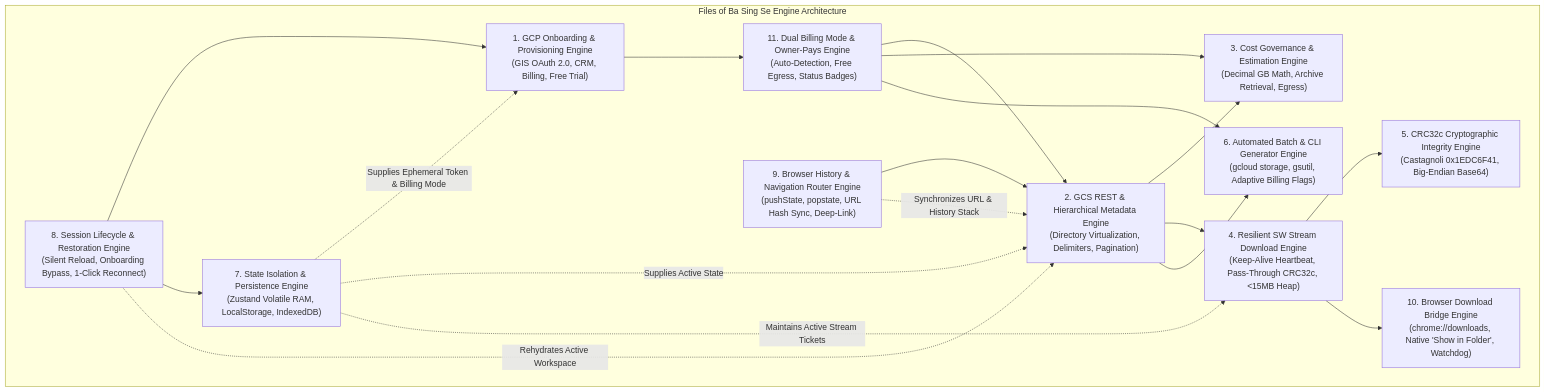
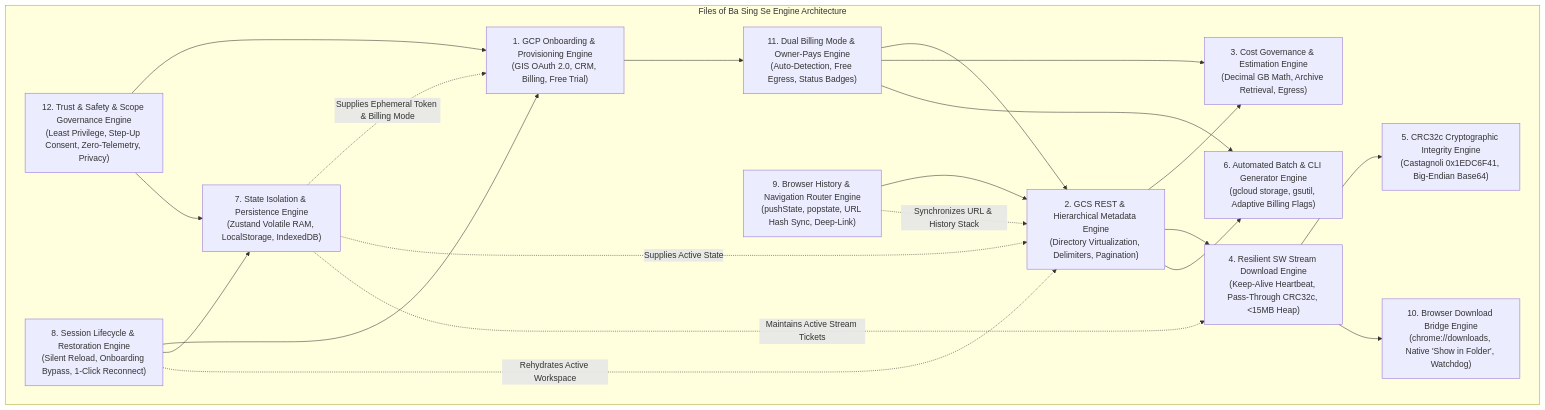
The first of 10 diagrams in docs/requirements/system_engines_design_specification.md (NovaLogicDev/FilesOfBaSingSe), drawn with Mermaid before and after one commit. The commit also changed other lines of this file and 9 other files, not shown here.

Commit message:
docs: add Google Trust & Safety, minimal scopes, Epic 14, Module 14, and Privacy Policy specifications

````diff
--- a/docs/requirements/system_engines_design_specification.md
+++ b/docs/requirements/system_engines_design_specification.md
@@ -10,34 +10,37 @@
 ```mermaid
 flowchart TD
     subgraph CoreEngines ["Files of Ba Sing Se Engine Architecture"]
         E1["1. GCP Onboarding & Provisioning Engine\n(GIS OAuth 2.0, CRM, Billing, Free Trial)"]
         E2["2. GCS REST & Hierarchical Metadata Engine\n(Directory Virtualization, Delimiters, Pagination)"]
         E3["3. Cost Governance & Estimation Engine\n(Decimal GB Math, Archive Retrieval, Egress)"]
         E4["4. Resilient SW Stream Download Engine\n(Keep-Alive Heartbeat, Pass-Through CRC32c, <15MB Heap)"]
         E5["5. CRC32c Cryptographic Integrity Engine\n(Castagnoli 0x1EDC6F41, Big-Endian Base64)"]
         E6["6. Automated Batch & CLI Generator Engine\n(gcloud storage, gsutil, Adaptive Billing Flags)"]
         E7["7. State Isolation & Persistence Engine\n(Zustand Volatile RAM, LocalStorage, IndexedDB)"]
         E8["8. Session Lifecycle & Restoration Engine\n(Silent Reload, Onboarding Bypass, 1-Click Reconnect)"]
         E9["9. Browser History & Navigation Router Engine\n(pushState, popstate, URL Hash Sync, Deep-Link)"]
         E10["10. Browser Download Bridge Engine\n(chrome://downloads, Native 'Show in Folder', Watchdog)"]
         E11["11. Dual Billing Mode & Owner-Pays Engine\n(Auto-Detection, Free Egress, Status Badges)"]
+        E12["12. Trust & Safety & Scope Governance Engine\n(Least Privilege, Step-Up Consent, Zero-Telemetry, Privacy)"]
     end
 
+    E12 --> E1
+    E12 --> E7
     E8 --> E1
     E8 --> E7
     E1 --> E11
     E11 --> E2
     E9 --> E2
     E2 --> E3
     E2 --> E4
     E4 --> E5
     E4 --> E10
     E2 --> E6
     E11 --> E3
     E11 --> E6
     E7 -.->|"Supplies Ephemeral Token & Billing Mode"| E1
     E7 -.->|"Supplies Active State"| E2
     E7 -.->|"Maintains Active Stream Tickets"| E4
     E8 -.->|"Rehydrates Active Workspace"| E2
     E9 -.->|"Synchronizes URL & History Stack"| E2
 ```
````
